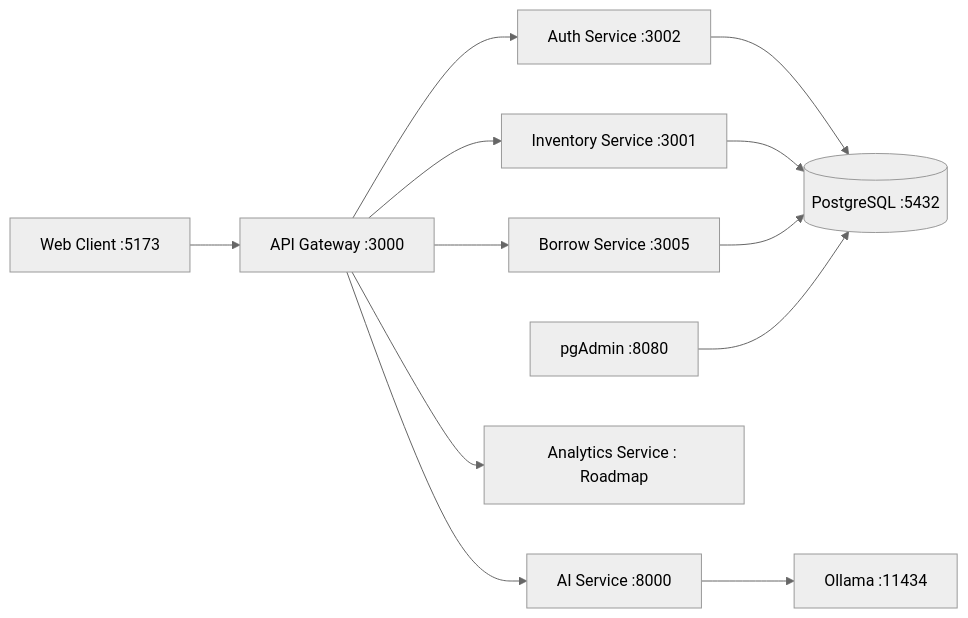
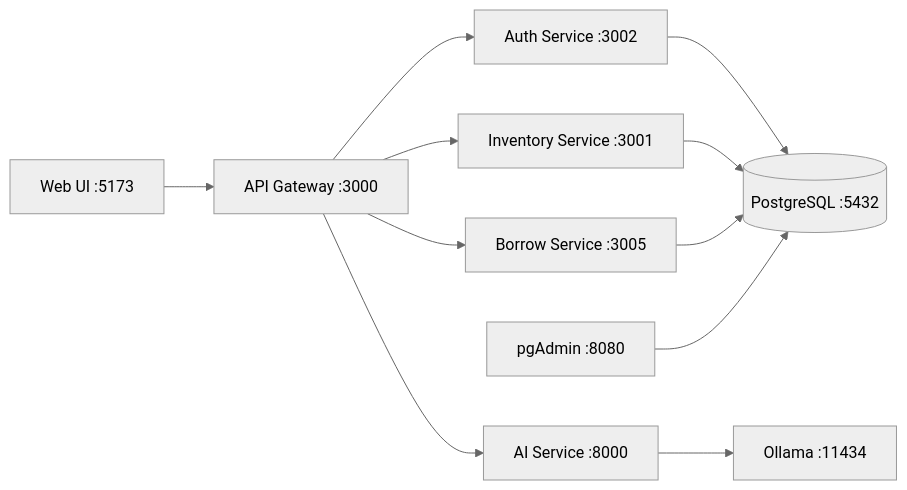
The diagram in README.md (vinhhung04/smartbook-system), drawn with Mermaid (neutral theme) before and after one commit. The commit also changed other lines of this file, not shown here.

Commit message:
Update README with pickup code flow

````diff
--- a/README.md
+++ b/README.md
@@ -61,17 +31,15 @@
 ```mermaid
 flowchart LR
-    U[Web Client :5173] --> G[API Gateway :3000]
+    UI["Web UI :5173"] --> GW["API Gateway :3000"]
 
-    G --> A[Auth Service :3002]
-    G --> I[Inventory Service :3001]
-    G --> B[Borrow Service :3005]
-    G --> AI[AI Service :8000]
-    G --> AN[Analytics Service : Roadmap]
+    GW --> AUTH["Auth Service :3002"]
+    GW --> INV["Inventory Service :3001"]
+    GW --> BORROW["Borrow Service :3005"]
+    GW --> AI["AI Service :8000"]
 
-    A --> DB[(PostgreSQL :5432)]
-    I --> DB
-    B --> DB
-
-    AI --> O[Ollama :11434]
-    P[pgAdmin :8080] --> DB
+    AUTH --> PG[("PostgreSQL :5432")]
+    INV --> PG
+    BORROW --> PG
+    AI --> OLLAMA["Ollama :11434"]
+    PGADMIN["pgAdmin :8080"] --> PG
 ```
````
